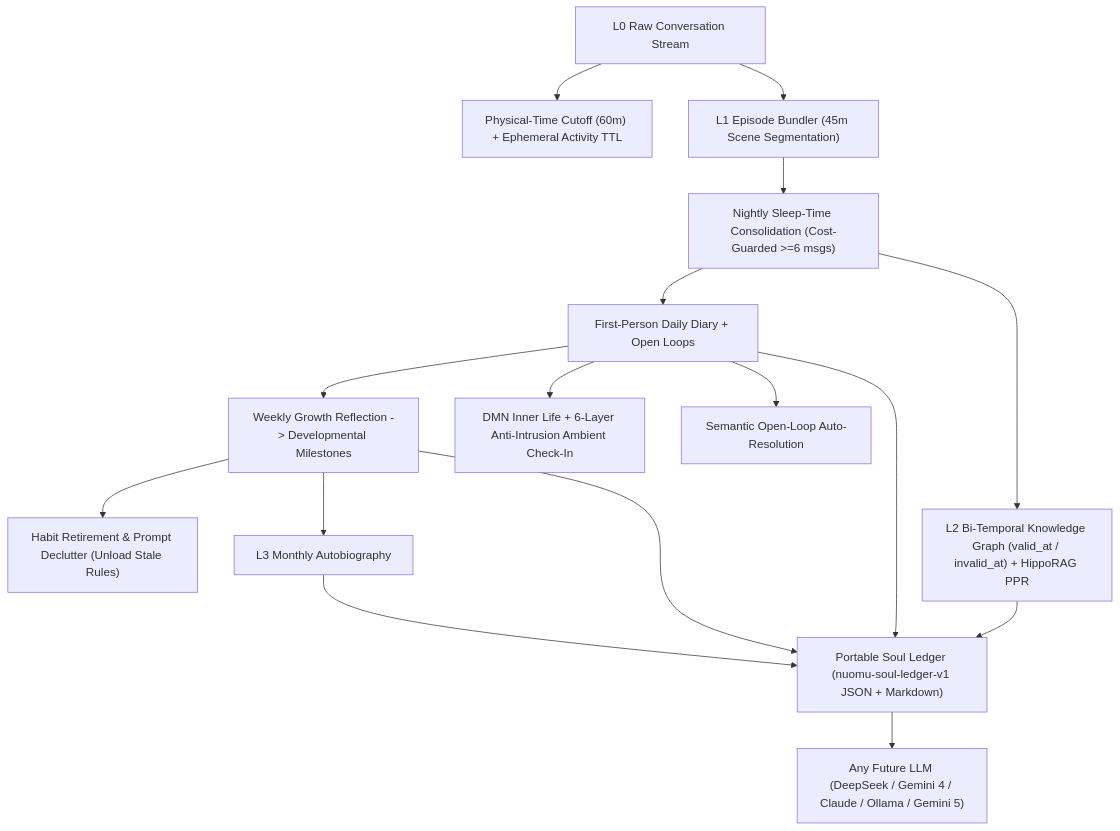
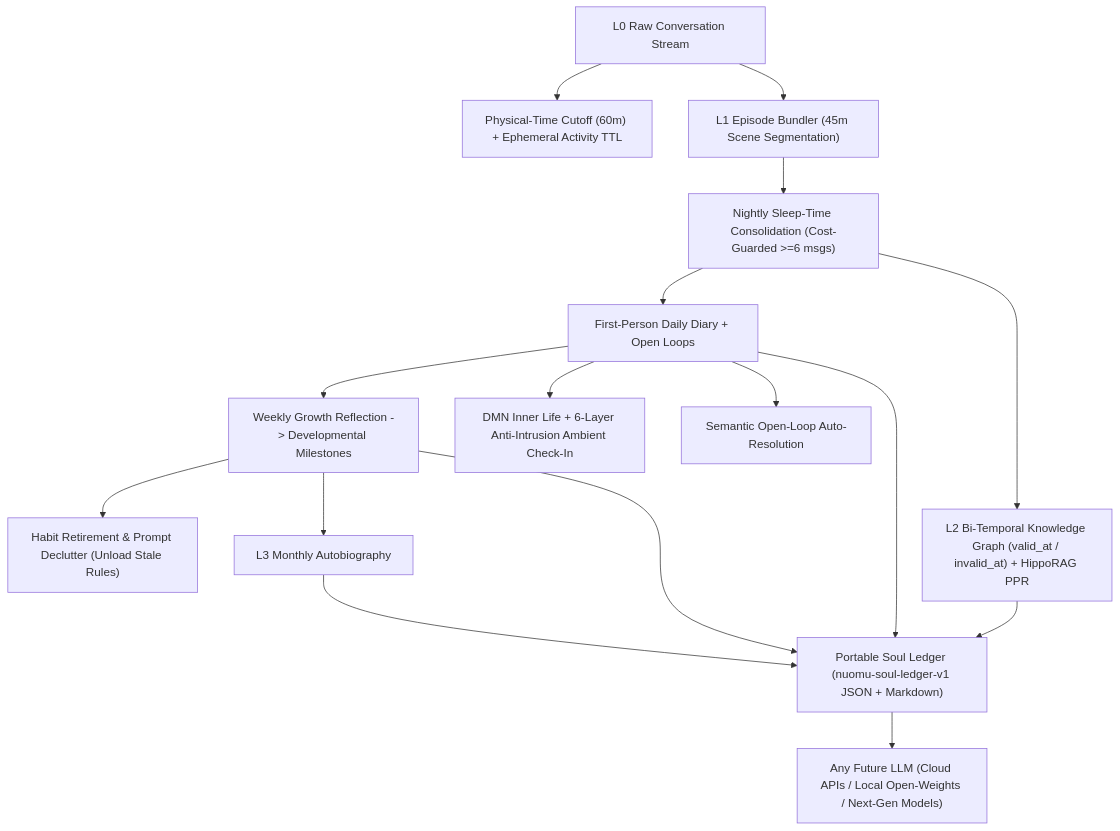
Before and after one commit to Booommmbom/SoulCard: the diagram in README.md, drawn with Mermaid. The commit also changed other lines of this file and 1 other file, not shown here.

Commit message:
docs: keep future-LLM descriptions vendor-agnostic in READMEs

````diff
--- a/README.md
+++ b/README.md
@@ -30,15 +30,15 @@
 ```mermaid
 flowchart TD
     Raw["L0 Raw Conversation Stream"] --> Gap["Physical-Time Cutoff (60m) + Ephemeral Activity TTL"]
     Raw --> Bundle["L1 Episode Bundler (45m Scene Segmentation)"]
     Bundle --> Sleep["Nightly Sleep-Time Consolidation (Cost-Guarded >=6 msgs)"]
     Sleep --> Diary["First-Person Daily Diary + Open Loops"]
     Sleep --> Graph["L2 Bi-Temporal Knowledge Graph (valid_at / invalid_at) + HippoRAG PPR"]
     Diary --> Weekly["Weekly Growth Reflection -> Developmental Milestones"]
     Weekly --> Retire["Habit Retirement & Prompt Declutter (Unload Stale Rules)"]
     Weekly --> Monthly["L3 Monthly Autobiography"]
     Diary --> Ambient["DMN Inner Life + 6-Layer Anti-Intrusion Ambient Check-In"]
     Diary --> Resolve["Semantic Open-Loop Auto-Resolution"]
     Graph & Diary & Weekly & Monthly --> Ledger["Portable Soul Ledger (nuomu-soul-ledger-v1 JSON + Markdown)"]
-    Ledger --> AnyModel["Any Future LLM (DeepSeek / Gemini 4 / Claude / Ollama / Gemini 5)"]
+    Ledger --> AnyModel["Any Future LLM (Cloud APIs / Local Open-Weights / Next-Gen Models)"]
 ```
````
